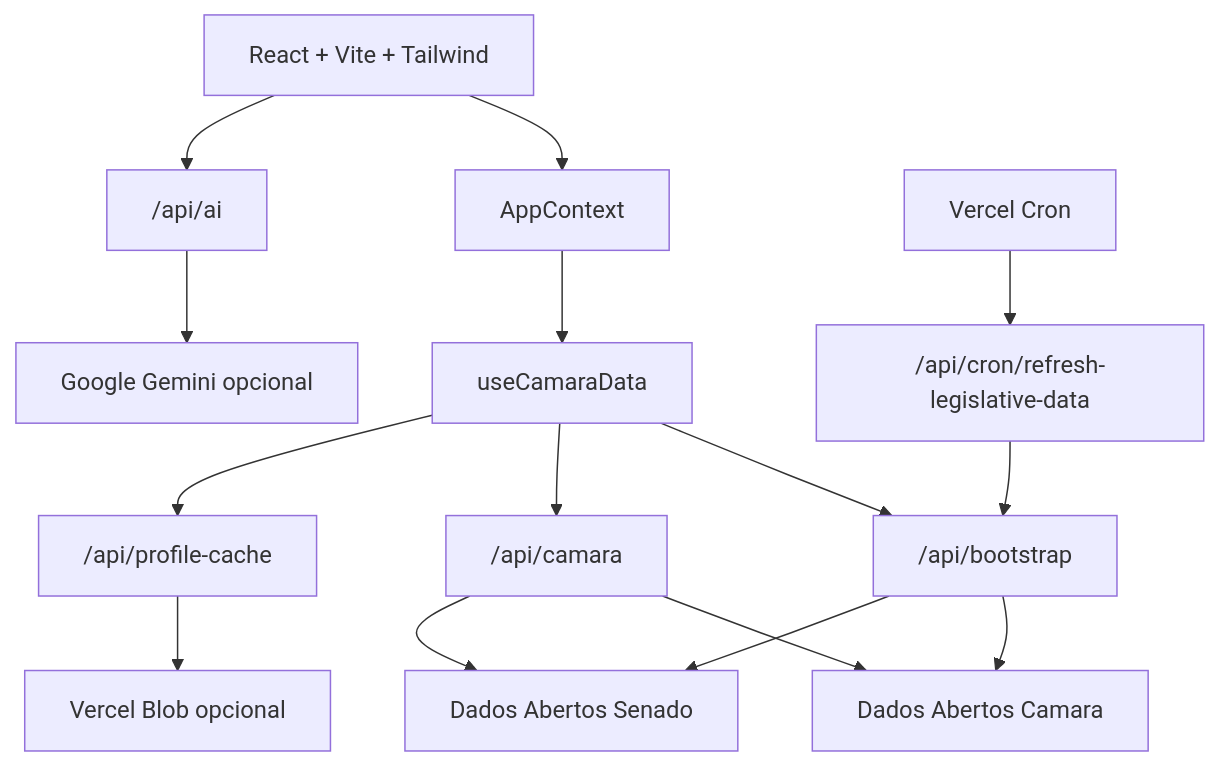
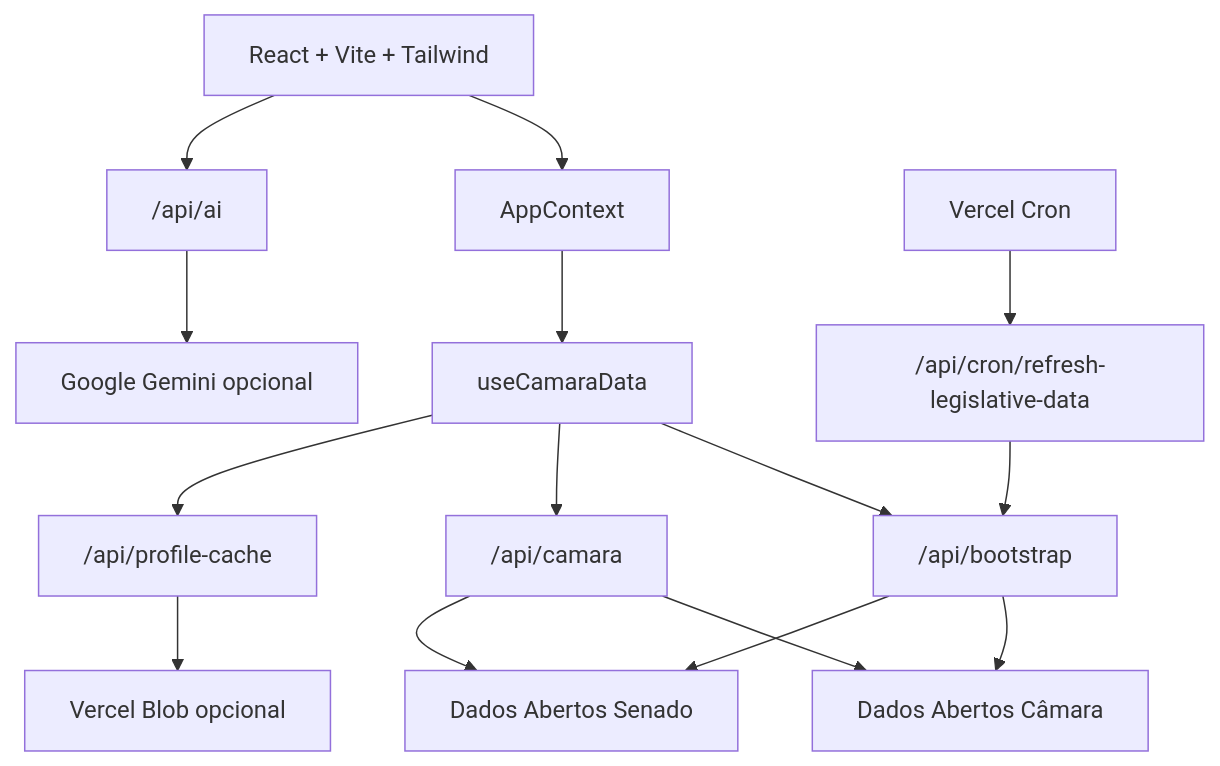
One commit to Chrisllan02/Papo-Reto changed the second of 2 diagrams in README.md. Above: the diagram before and after it, drawn with Mermaid. The commit also changed other lines of this file, not shown here.

````diff
--- a/README.md
+++ b/README.md
@@ -59,17 +59,17 @@
 ```mermaid
 flowchart TB
   UI["React + Vite + Tailwind"] --> CTX["AppContext"]
   CTX --> HOOK["useCamaraData"]
   HOOK --> BOOT["/api/bootstrap"]
   HOOK --> PROXY["/api/camara"]
   HOOK --> CACHE["/api/profile-cache"]
   UI --> AI["/api/ai"]
   CRON["Vercel Cron"] --> JOB["/api/cron/refresh-legislative-data"]
   JOB --> BOOT
-  BOOT --> CAMARA["Dados Abertos Camara"]
+  BOOT --> CAMARA["Dados Abertos Câmara"]
   BOOT --> SENADO["Dados Abertos Senado"]
   PROXY --> CAMARA
   PROXY --> SENADO
   CACHE --> BLOB["Vercel Blob opcional"]
   AI --> GEMINI["Google Gemini opcional"]
 ```
````
